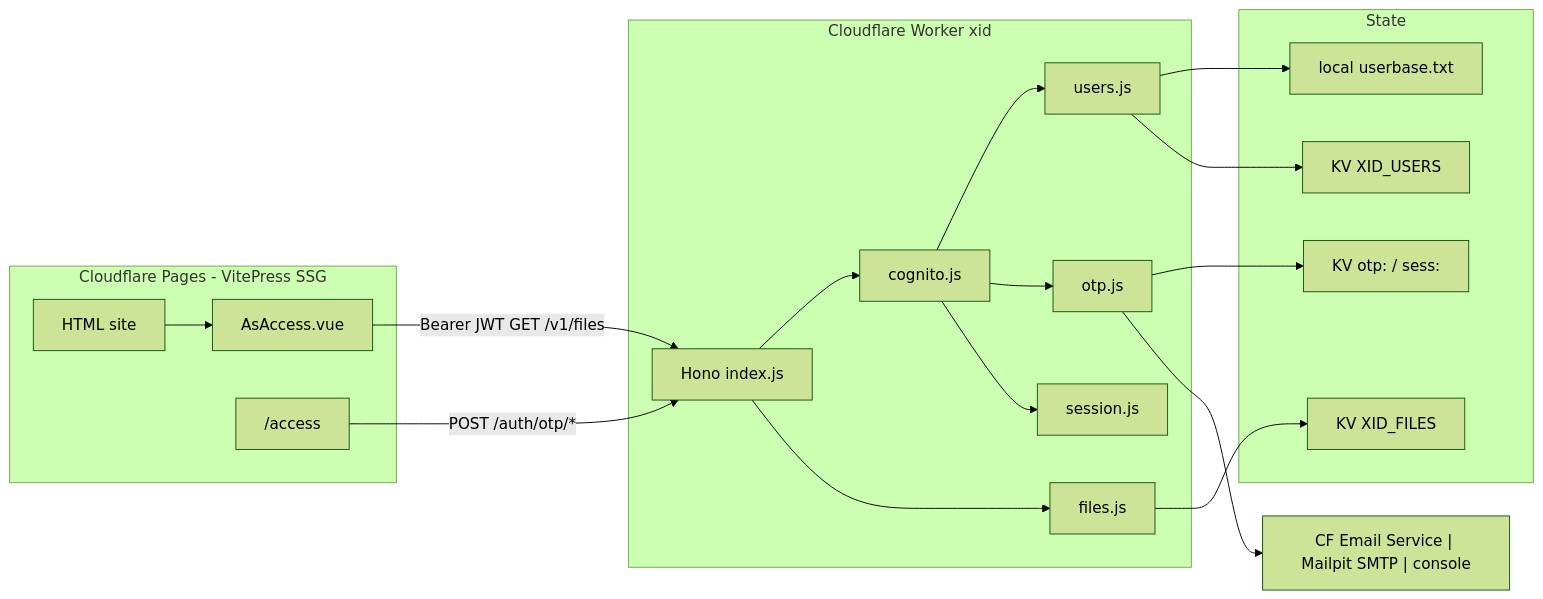
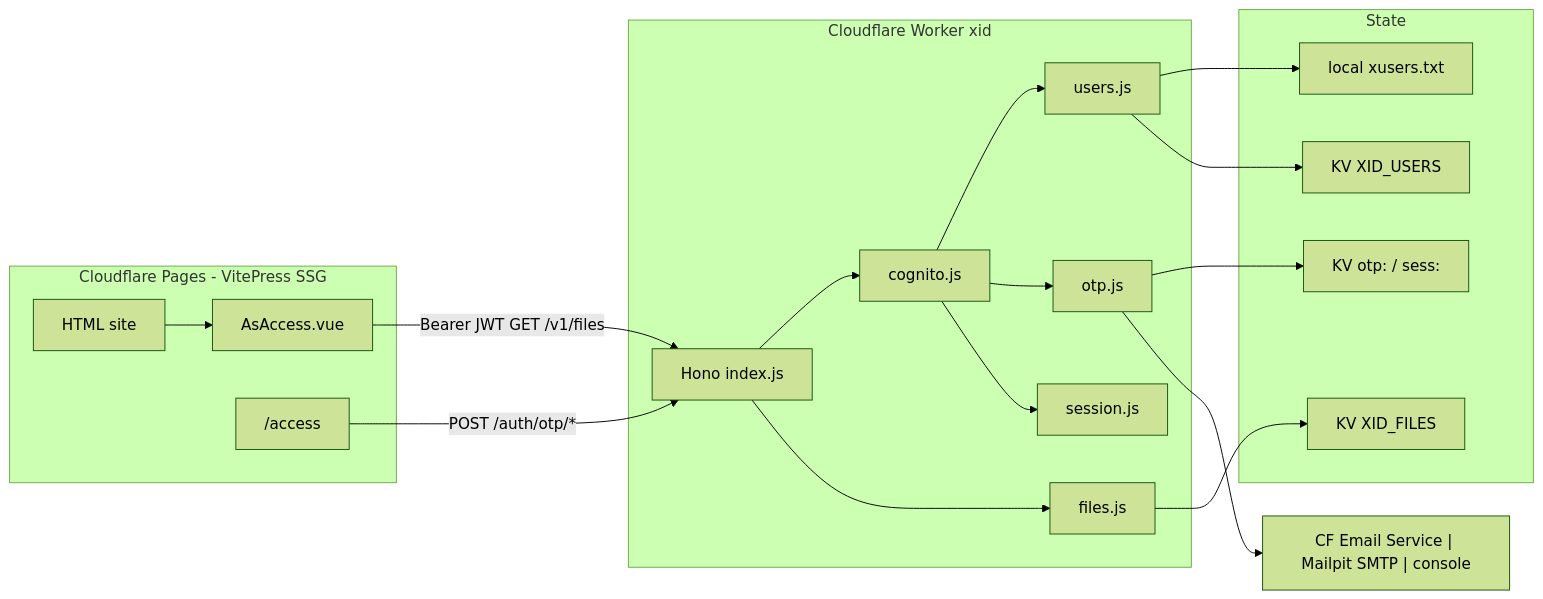
Before and after one commit to kaesar/onmind-xid: the first of 3 diagrams in README.md, drawn with Mermaid (forest theme). The commit also changed other lines of this file and 16 other files, not shown here.

Commit message:
v0.5.0 Renames userbase.txt by xusers.txt and clients.txt by xclients.txt. Includes CLI to manages users and clients (with flags or interactive use) Checks second data to admit password with bcrypt, keeping original way for passwordless (OTP by Email: without password)

````diff
--- a/README.md
+++ b/README.md
@@ -40,36 +40,36 @@
 ```mermaid
 flowchart LR
   subgraph pages [Cloudflare Pages - VitePress SSG]
     Site[HTML site]
     AsAccess[AsAccess.vue]
     Access["/access"]
   end
   subgraph worker [Cloudflare Worker xid]
     Hono[Hono index.js]
     Cog[cognito.js]
     Users[users.js]
     OTP[otp.js]
     Files[files.js]
     Sess[session.js]
   end
   subgraph store [State]
-    Txt[local userbase.txt]
+    Txt[local xusers.txt]
     KVU[KV XID_USERS]
     KVO["KV otp: / sess:"]
     KVF[KV XID_FILES]
   end
   Mail["CF Email Service | Mailpit SMTP | console"]
   Site --> AsAccess
   Access -->|POST /auth/otp/*| Hono
   AsAccess -->|Bearer JWT GET /v1/files| Hono
   Hono --> Cog
   Hono --> Files
   Cog --> Users
   Cog --> OTP
   Cog --> Sess
   Users --> Txt
   Users --> KVU
   OTP --> KVO
   OTP --> Mail
   Files --> KVF
 ```
````
